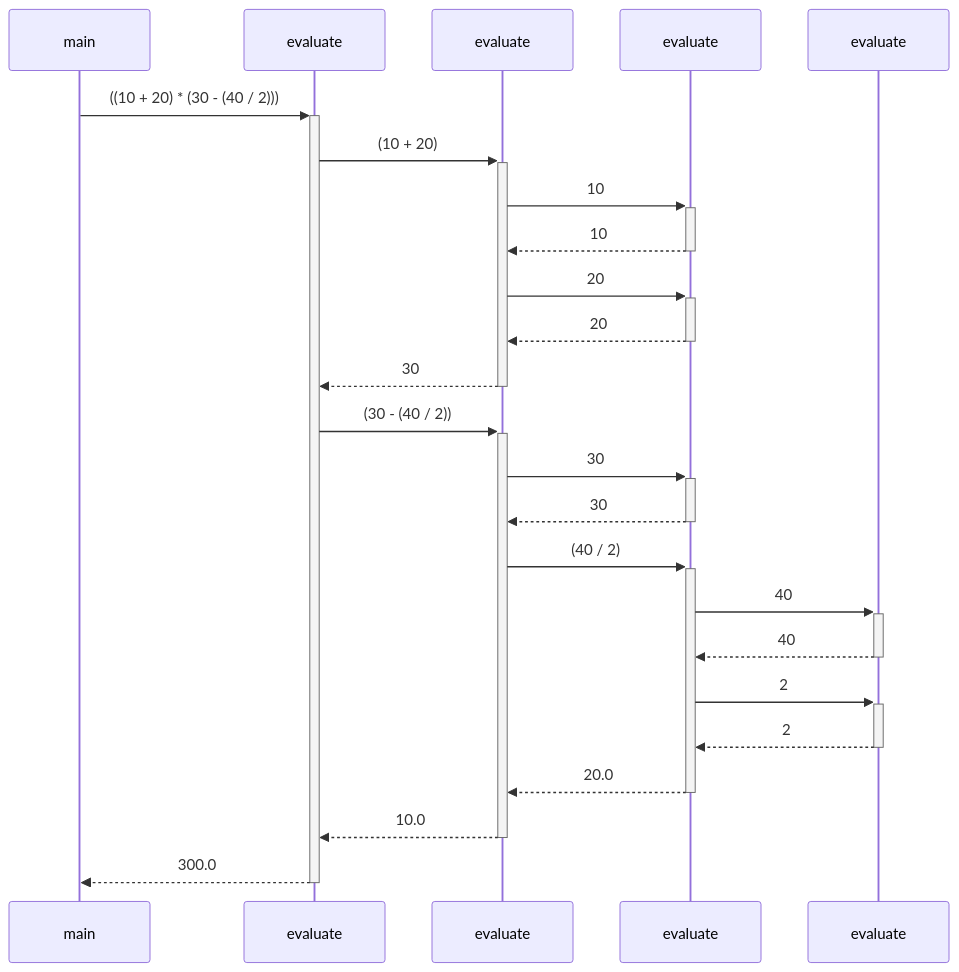
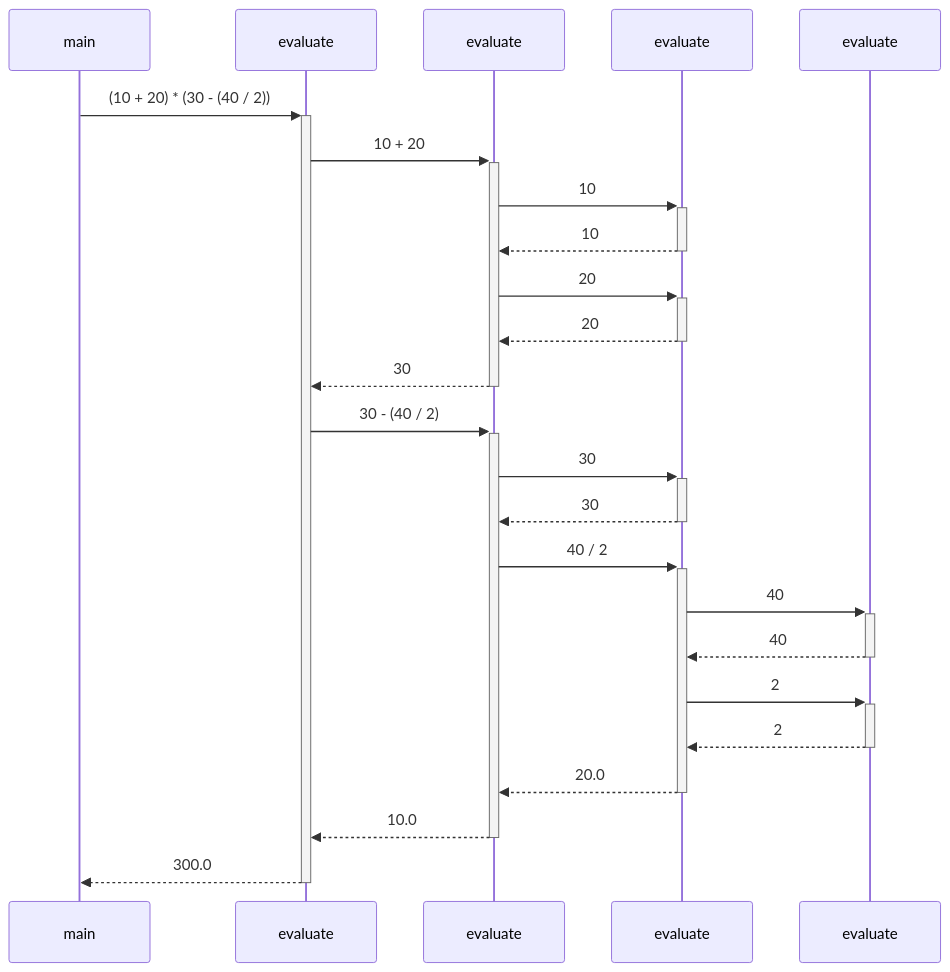
One commit to nbeney/codebar-recursion changed the seventh of 7 diagrams in README.md. Above: the diagram before and after it, drawn with Mermaid.

Commit message:
Update README.md - tweak expression

````diff
--- a/README.md
+++ b/README.md
@@ -346,27 +346,27 @@
 ```mermaid
 sequenceDiagram
     participant main
     participant evaluate1 as evaluate
     participant evaluate2 as evaluate
     participant evaluate3 as evaluate
     participant evaluate4 as evaluate
 
-    main->>+evaluate1: ((10 + 20) * (30 - (40 / 2)))
-        evaluate1->>+evaluate2: (10 + 20)
+    main->>+evaluate1: (10 + 20) * (30 - (40 / 2))
+        evaluate1->>+evaluate2: 10 + 20
             evaluate2->>+evaluate3: 10
             evaluate3-->>-evaluate2: 10
             evaluate2->>+evaluate3: 20
             evaluate3-->>-evaluate2: 20
         evaluate2-->>-evaluate1: 30
-        evaluate1->>+evaluate2: (30 - (40 / 2))
+        evaluate1->>+evaluate2: 30 - (40 / 2)
             evaluate2->>+evaluate3: 30
             evaluate3-->>-evaluate2: 30
-            evaluate2->>+evaluate3: (40 / 2)
+            evaluate2->>+evaluate3: 40 / 2
                 evaluate3->>+evaluate4: 40
                 evaluate4-->>-evaluate3: 40
                 evaluate3->>+evaluate4: 2
                 evaluate4-->>-evaluate3: 2
             evaluate3-->>-evaluate2: 20.0
         evaluate2-->>-evaluate1: 10.0
     evaluate1-->>-main: 300.0
 ```
````
